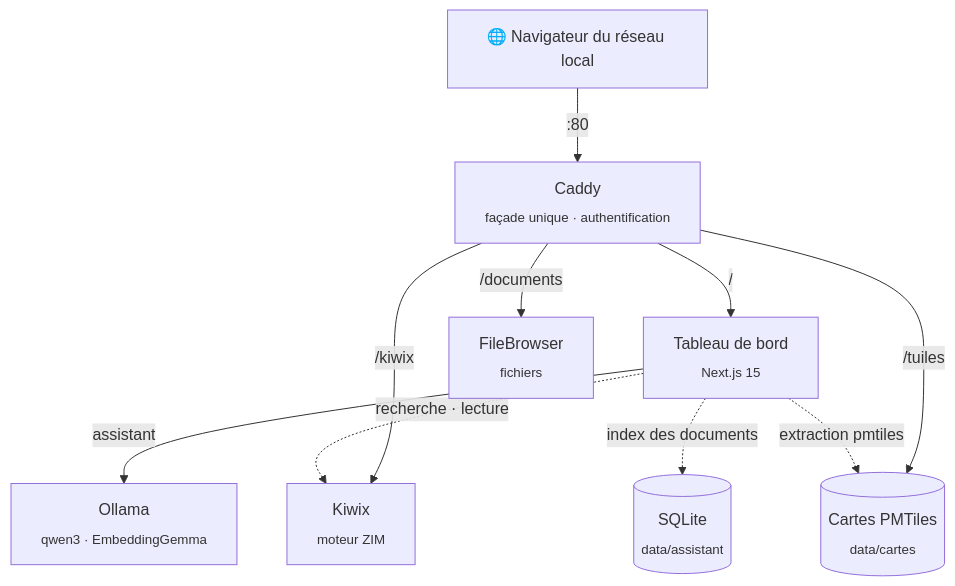
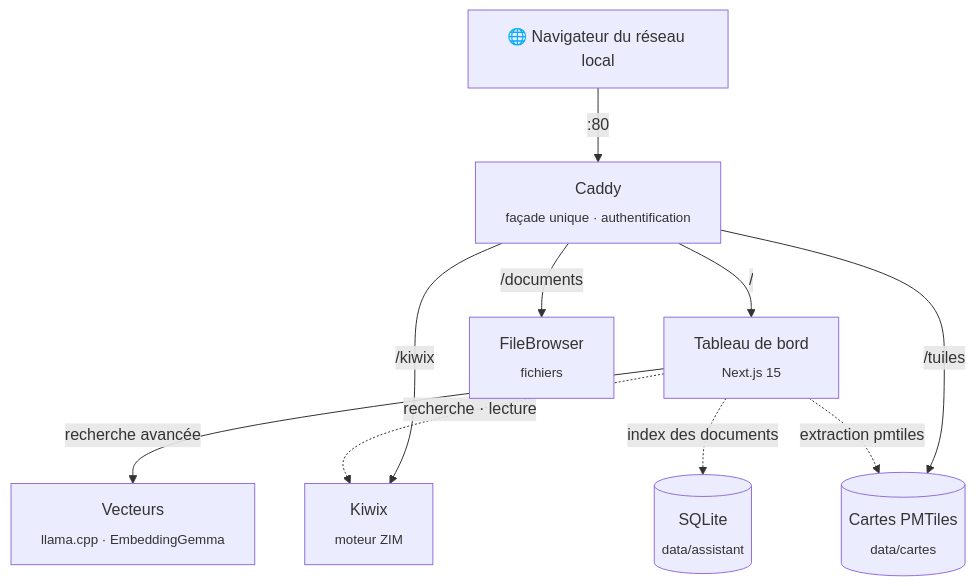
Before and after one commit to Gorgo126/ODIN: the second of 2 diagrams in README.md, drawn with Mermaid. The commit also changed other lines of this file and 1 other file, not shown here.

Commit message:
Documentation du lot 4 : service vecteurs, option IA, 31/33 optimiste, pièges

````diff
--- a/README.md
+++ b/README.md
@@ -137,13 +137,13 @@
 ```mermaid
 flowchart TB
     N["🌐 Navigateur du réseau local"] -->|":80"| CA
     CA["Caddy<br/><sub>façade unique · authentification</sub>"]
     CA -->|"/"| D["Tableau de bord<br/><sub>Next.js 15</sub>"]
     CA -->|"/kiwix"| K["Kiwix<br/><sub>moteur ZIM</sub>"]
     CA -->|"/documents"| F["FileBrowser<br/><sub>fichiers</sub>"]
     CA -->|"/tuiles"| T[("Cartes PMTiles<br/><sub>data/cartes</sub>")]
-    D -->|"assistant"| O["Ollama<br/><sub>qwen3 · EmbeddingGemma</sub>"]
+    D -->|"recherche avancée"| V["Vecteurs<br/><sub>llama.cpp · EmbeddingGemma</sub>"]
     D -.->|"recherche · lecture"| K
     D -.->|"extraction pmtiles"| T
     D -.->|"index des documents"| I[("SQLite<br/><sub>data/assistant</sub>")]
 ```
````
